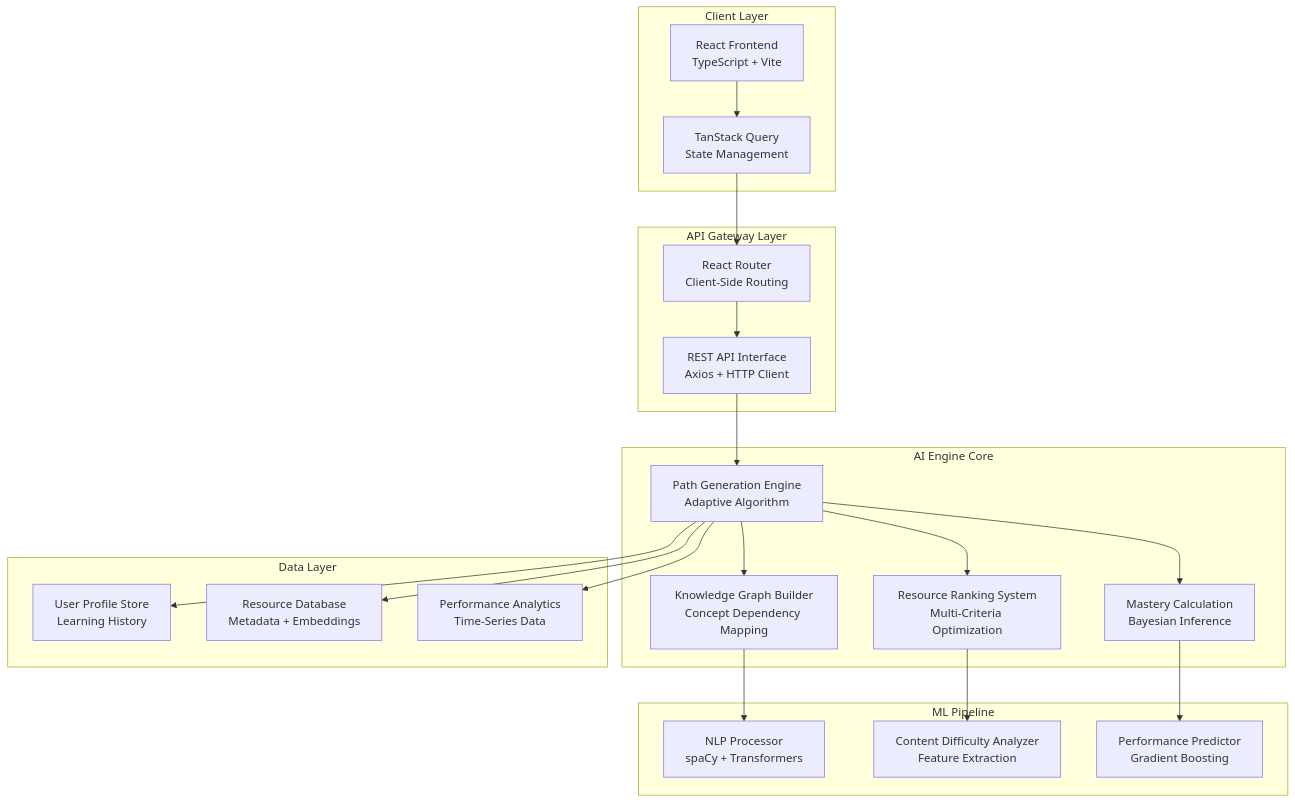
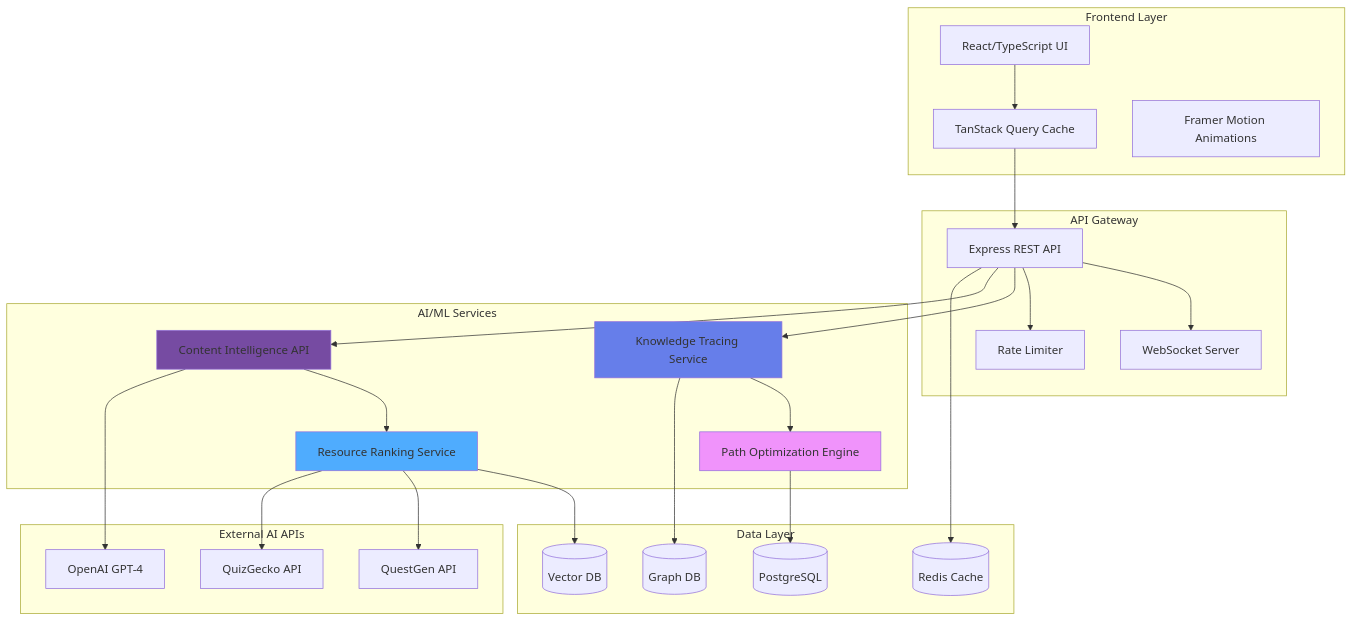
Before and after one commit to lucylow/learnpathai: the second of 3 diagrams in README.md, drawn with Mermaid. The commit also changed other lines of this file and 99 other files, not shown here.

````diff
--- a/README.md
+++ b/README.md
@@ -18,48 +571,55 @@
 ```mermaid
 graph TB
-    subgraph "Client Layer"
-        UI[React Frontend<br/>TypeScript + Vite]
-        State[TanStack Query<br/>State Management]
+    subgraph "Frontend Layer"
+        A[React/TypeScript UI]
+        B[TanStack Query Cache]
+        C[Framer Motion Animations]
     end
     
-    subgraph "API Gateway Layer"
-        Router[React Router<br/>Client-Side Routing]
-        API[REST API Interface<br/>Axios + HTTP Client]
+    subgraph "API Gateway"
+        D[Express REST API]
+        E[WebSocket Server]
+        F[Rate Limiter]
     end
     
-    subgraph "AI Engine Core"
-        PathGen[Path Generation Engine<br/>Adaptive Algorithm]
-        KnowledgeGraph[Knowledge Graph Builder<br/>Concept Dependency Mapping]
-        MasteryEngine[Mastery Calculation<br/>Bayesian Inference]
-        ResourceRanker[Resource Ranking System<br/>Multi-Criteria Optimization]
-    end
-    
-    subgraph "ML Pipeline"
-        NLP[NLP Processor<br/>spaCy + Transformers]
-        ContentAnalyzer[Content Difficulty Analyzer<br/>Feature Extraction]
-        PredictiveModel[Performance Predictor<br/>Gradient Boosting]
+    subgraph "AI/ML Services"
+        G[Knowledge Tracing Service]
+        H[Content Intelligence API]
+        I[Path Optimization Engine]
+        J[Resource Ranking Service]
     end
     
     subgraph "Data Layer"
-        UserProfile[User Profile Store<br/>Learning History]
-        ResourceDB[Resource Database<br/>Metadata + Embeddings]
-        PerformanceDB[Performance Analytics<br/>Time-Series Data]
+        K[(PostgreSQL)]
+        L[(Redis Cache)]
+        M[(Vector DB)]
+        N[(Graph DB)]
     end
     
-    UI --> State
-    State --> Router
-    Router --> API
-    API --> PathGen
+    subgraph "External AI APIs"
+        O[OpenAI GPT-4]
+        P[QuestGen API]
+        Q[QuizGecko API]
+    end
     
-    PathGen --> KnowledgeGraph
-    PathGen --> MasteryEngine
-    PathGen --> ResourceRanker
+    A --> B
+    B --> D
+    D --> E
+    D --> F
+    D --> G
+    D --> H
+    G --> I
+    H --> J
+    I --> K
+    J --> M
+    G --> N
+    D --> L
+    H --> O
+    J --> P
+    J --> Q
     
-    KnowledgeGraph --> NLP
-    MasteryEngine --> PredictiveModel
-    ResourceRanker --> ContentAnalyzer
-    
-    PathGen --> UserProfile
-    PathGen --> ResourceDB
-    PathGen --> PerformanceDB
+    style G fill:#667eea
+    style H fill:#764ba2
+    style I fill:#f093fb
+    style J fill:#4facfe
 ```
````
